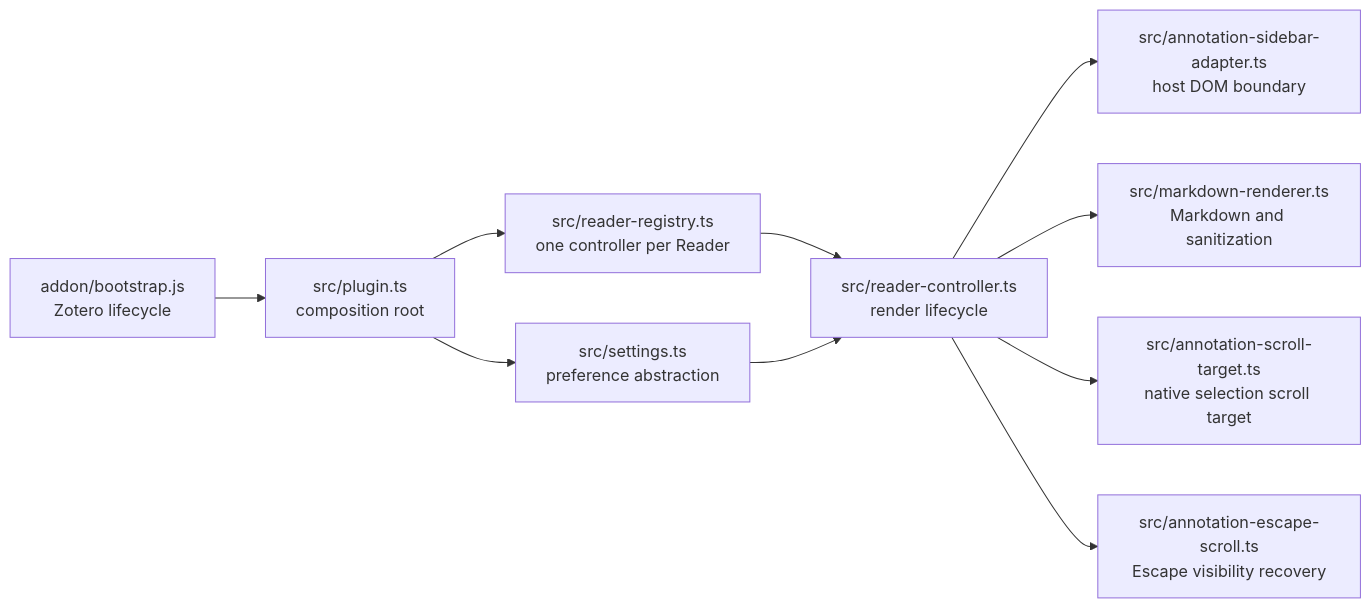
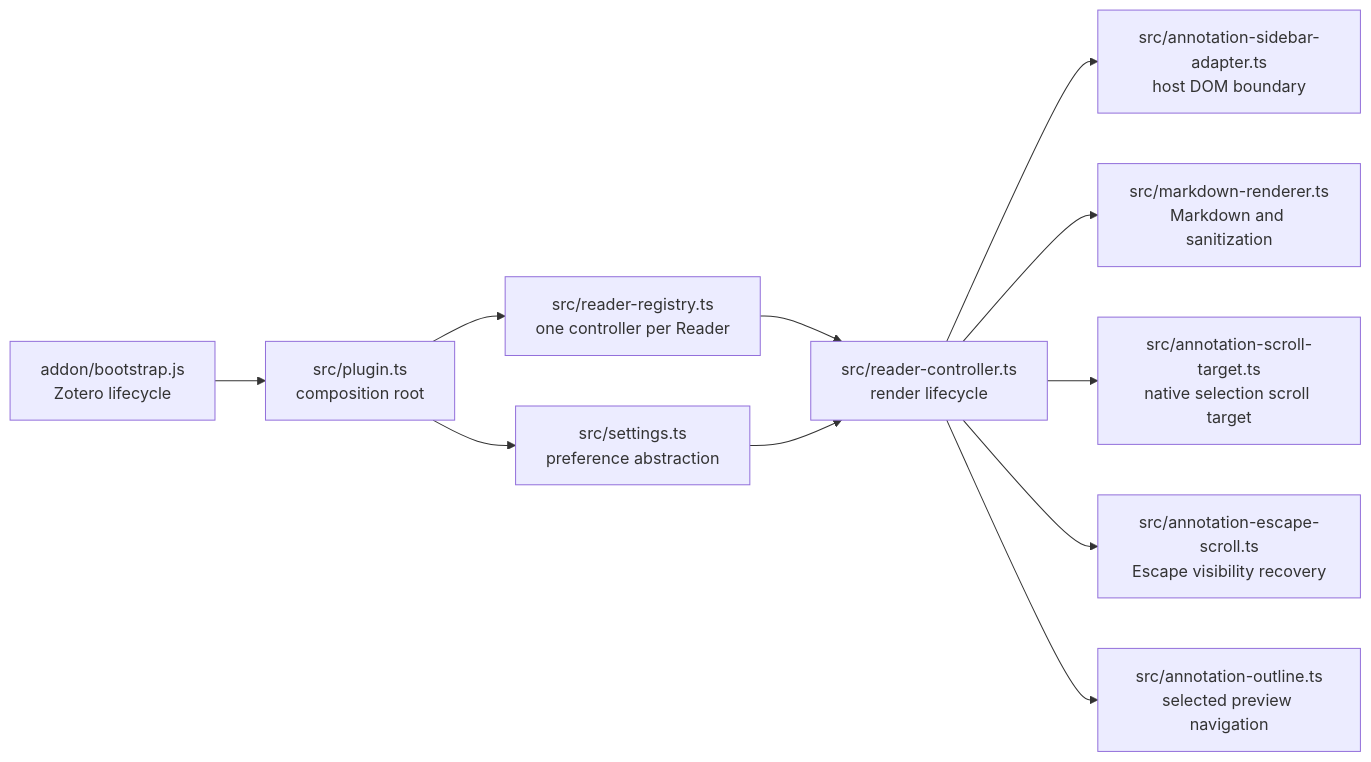
Before and after one commit to qrkks/zotero-annotation-markdown: the first of 2 diagrams in docs/en/architecture.md, drawn with Mermaid. The commit also changed other lines of this file and 18 other files, not shown here.

Commit message:
feat: add persistent annotation outline

````diff
--- a/docs/en/architecture.md
+++ b/docs/en/architecture.md
@@ -9,12 +9,13 @@
 ```mermaid
 flowchart LR
     A["addon/bootstrap.js<br>Zotero lifecycle"] --> B["src/plugin.ts<br>composition root"]
     B --> C["src/reader-registry.ts<br>one controller per Reader"]
     C --> D["src/reader-controller.ts<br>render lifecycle"]
     D --> E["src/annotation-sidebar-adapter.ts<br>host DOM boundary"]
     D --> F["src/markdown-renderer.ts<br>Markdown and sanitization"]
     D --> H["src/annotation-scroll-target.ts<br>native selection scroll target"]
     D --> I["src/annotation-escape-scroll.ts<br>Escape visibility recovery"]
+    D --> J["src/annotation-outline.ts<br>selected preview navigation"]
     B --> G["src/settings.ts<br>preference abstraction"]
     G --> D
 ```
````
